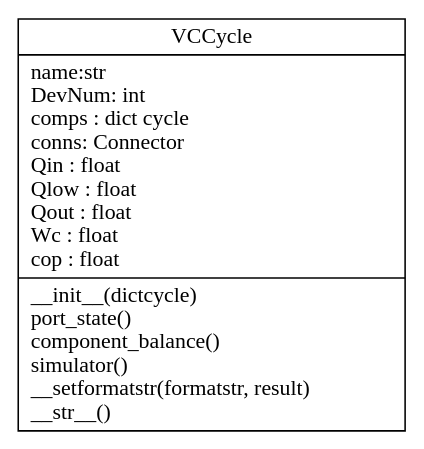
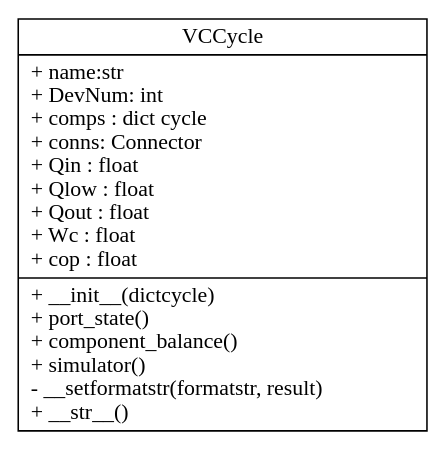
One commit to thermalogic/SimVCCE changed the diagram in uml/vcc/classes.dot. Above: the diagram before and after it, drawn with Graphviz. The commit also changed 3 other files, not shown here.

Commit message:
update uml

```diff
--- a/uml/vcc/classes.dot
+++ b/uml/vcc/classes.dot
@@ -1,5 +1,5 @@
 digraph "classes" {
 rankdir=BT
 charset="utf-8"
-"vcc.vccobj.VCCycle" [color="black", fontcolor="black", label="{VCCycle|name:str\lDevNum: int\lcomps : dict cycle\lconns: Connector\lQin : float\lQlow : float\lQout : float\lWc : float\lcop : float\l|__init__(dictcycle)\lport_state()\lcomponent_balance()\lsimulator()\l__setformatstr(formatstr, result)\l__str__()\l}", shape="record", style="solid"];
+"vcc.vccobj.VCCycle" [color="black", fontcolor="black", label="{VCCycle| + name:str\l + DevNum: int\l + comps : dict cycle\l + conns: Connector\l + Qin : float\l + Qlow : float\l + Qout : float\l + Wc : float\l + cop : float\l| + __init__(dictcycle)\l + port_state()\l + component_balance()\l + simulator()\l - __setformatstr(formatstr, result)\l + __str__()\l}", shape="record", style="solid"];
 }
```
